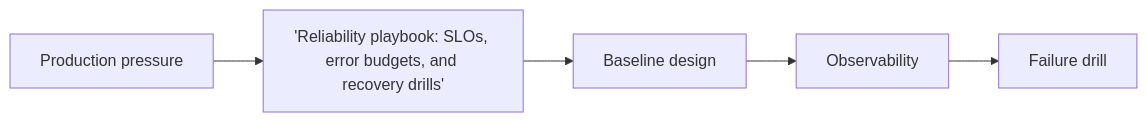
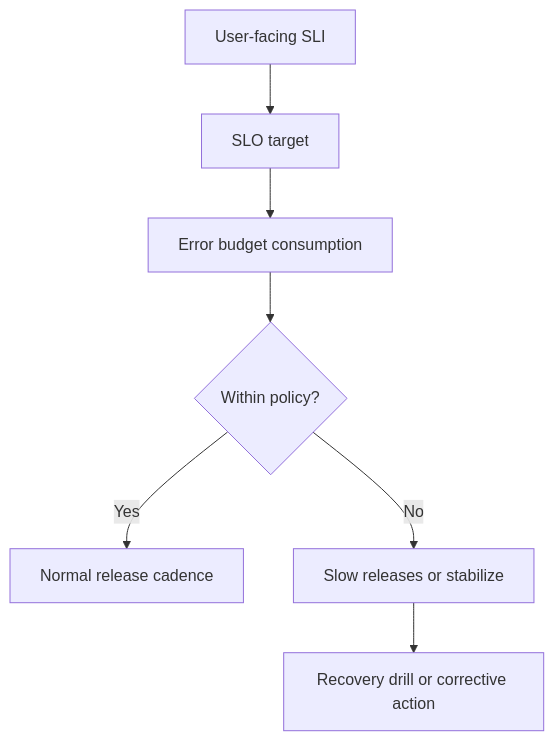
One commit to sandeepbhardwaj/sandeepbhardwaj.github.io changed the diagram in _posts/2026-12-12-reliability-playbook-slo-error-budget-part-1.md. Above: the diagram before and after it, drawn with Mermaid. The commit also changed other lines of this file and 40 other files, not shown here.

````diff
--- a/_posts/2026-12-12-reliability-playbook-slo-error-budget-part-1.md
+++ b/_posts/2026-12-12-reliability-playbook-slo-error-budget-part-1.md
@@ -58,7 +109,9 @@
 ```mermaid
-flowchart LR
-    A[Production pressure] --> B['Reliability playbook: SLOs, error budgets, and recovery drills']
-    B --> C[Baseline design]
-    C --> D[Observability]
-    D --> E[Failure drill]
+flowchart TD
+    A[User-facing SLI] --> B[SLO target]
+    B --> C[Error budget consumption]
+    C --> D{Within policy?}
+    D -->|Yes| E[Normal release cadence]
+    D -->|No| F[Slow releases or stabilize]
+    F --> G[Recovery drill or corrective action]
 ```
````
